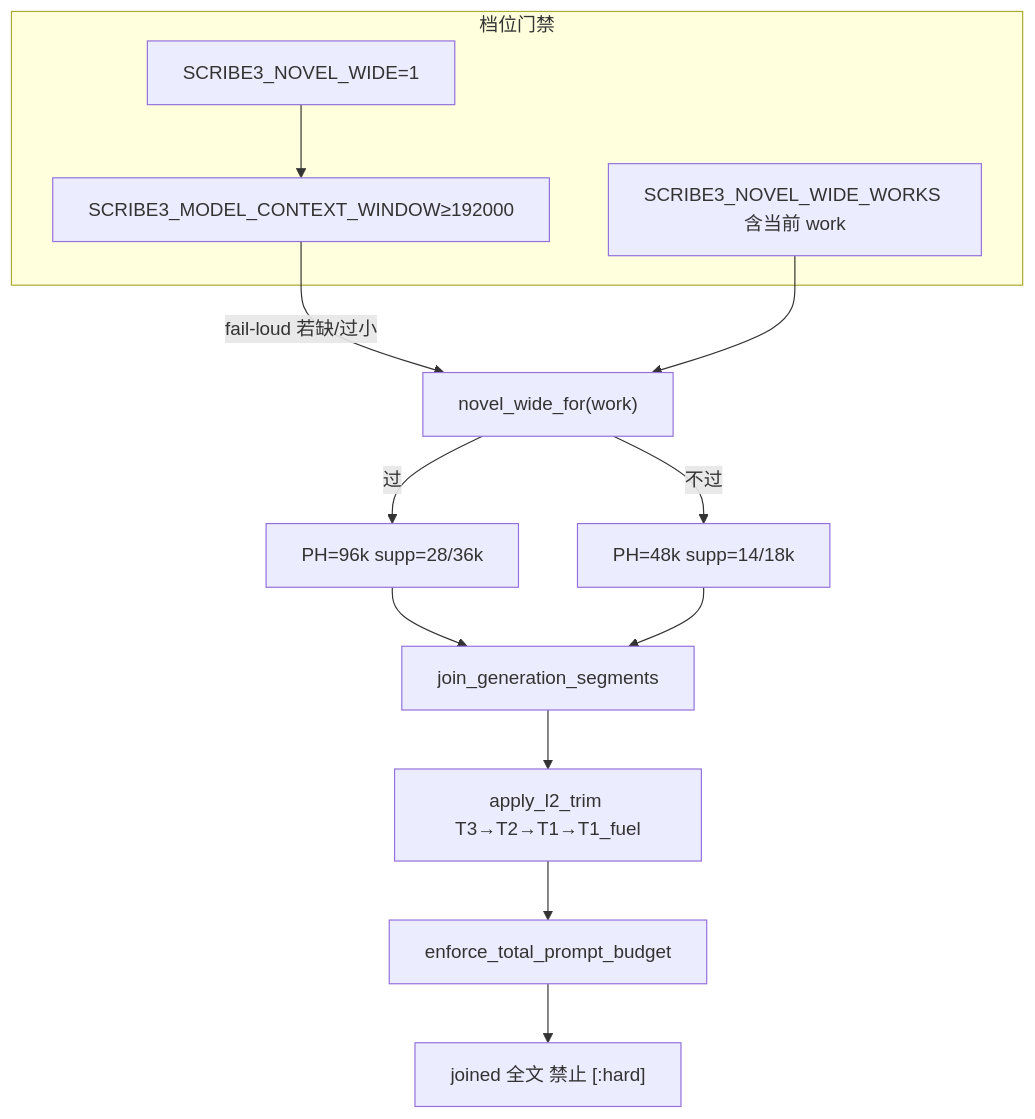
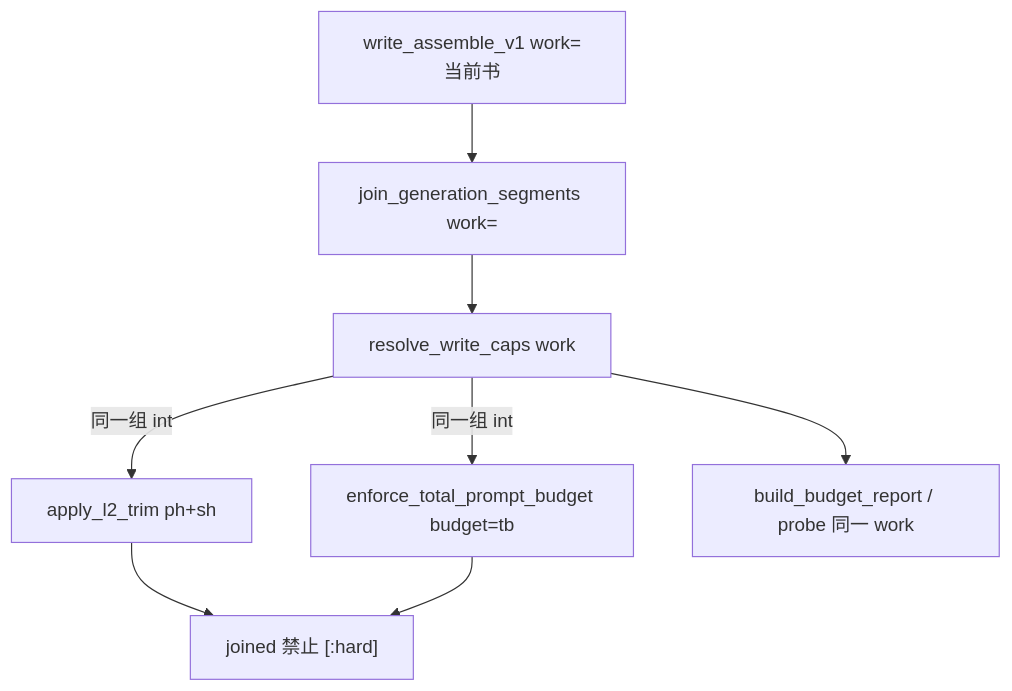
One commit to liuwenpinghaher-commits/scribe-writing-system changed the diagram in docs/plans/2026-08-13-budget-context-optimal.md. Above: the diagram before and after it, drawn with Mermaid. The commit also changed other lines of this file, not shown here.

First line of the commit message:
docs(context): rev.3 join work caps and env-only 96k

````diff
--- a/docs/plans/2026-08-13-budget-context-optimal.md
+++ b/docs/plans/2026-08-13-budget-context-optimal.md
@@ -226,18 +235,11 @@
 ```mermaid
 flowchart TB
-  subgraph flags["档位门禁"]
-    WIDEFLAG["SCRIBE3_NOVEL_WIDE=1"]
-    WIN["SCRIBE3_MODEL_CONTEXT_WINDOW≥192000"]
-    WL["SCRIBE3_NOVEL_WIDE_WORKS 含当前 work"]
-  end
-  WIDEFLAG --> WIN
-  WIN -->|fail-loud 若缺/过小| GATE["novel_wide_for(work)"]
-  WL --> GATE
-  GATE -->|过| WIDE["PH=96k supp=28/36k"]
-  GATE -->|不过| NARROW["PH=48k supp=14/18k"]
-  WIDE --> JOIN["join_generation_segments"]
-  NARROW --> JOIN
-  JOIN --> L2["apply_l2_trim T3→T2→T1→T1_fuel"]
-  L2 --> O1["enforce_total_prompt_budget"]
-  O1 --> OUT["joined 全文 禁止 [:hard]"]
+  ASSEMBLE["write_assemble_v1 work=当前书"]
+  ASSEMBLE --> JOIN["join_generation_segments work="]
+  JOIN --> RES["resolve_write_caps work"]
+  RES -->|同一组 int| L2["apply_l2_trim ph+sh"]
+  RES -->|同一组 int| O1["enforce_total_prompt_budget budget=tb"]
+  L2 --> OUT["joined 禁止 [:hard]"]
+  O1 --> OUT
+  RES --> REP["build_budget_report / probe 同一 work"]
 ```
````
